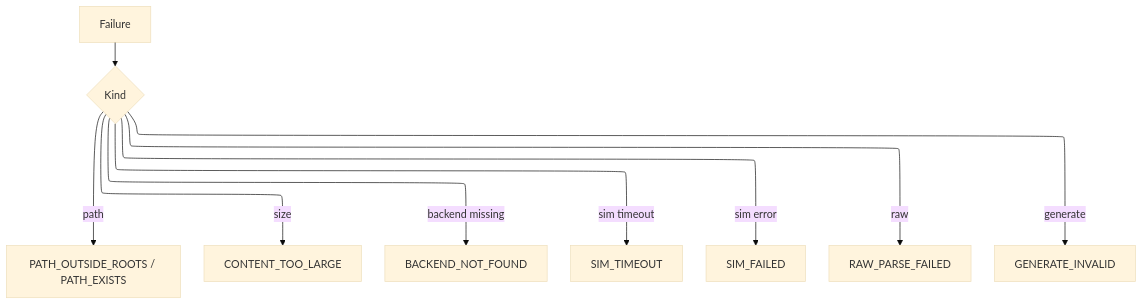
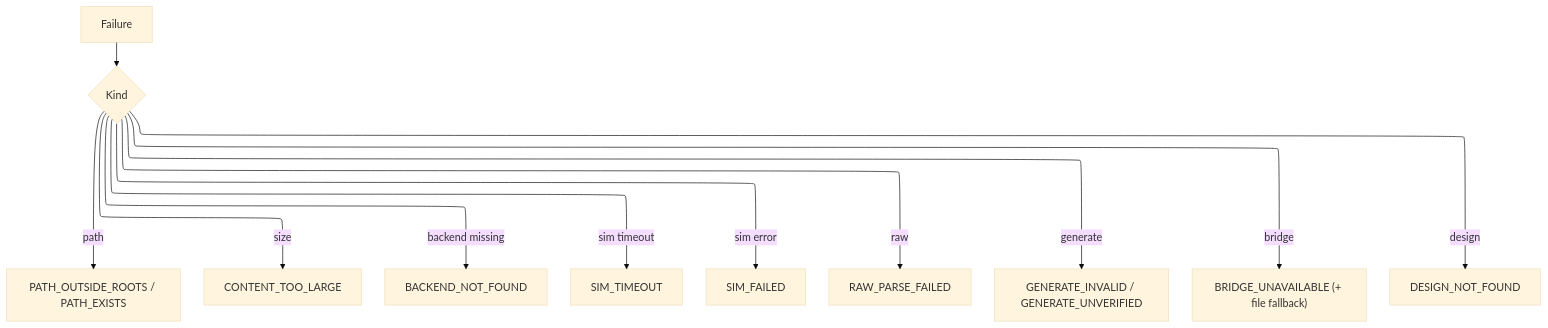
One commit to sohampatwardhan/openspice-mcp changed the tenth of 10 diagrams in .kiro/specs/openspice-mcp/design.md. Above: the diagram before and after it, drawn with Mermaid (base theme). The commit also changed other lines of this file and 4 other files, not shown here.

````diff
--- a/.kiro/specs/openspice-mcp/design.md
+++ b/.kiro/specs/openspice-mcp/design.md
@@ -292,15 +424,17 @@
 ```mermaid
 ---
 config:
   layout: elk
 ---
 flowchart TB
   fail["Failure"] --> kind{"Kind"}
   kind -->|"path"| path["PATH_OUTSIDE_ROOTS / PATH_EXISTS"]
   kind -->|"size"| size["CONTENT_TOO_LARGE"]
   kind -->|"backend missing"| be["BACKEND_NOT_FOUND"]
   kind -->|"sim timeout"| to["SIM_TIMEOUT"]
   kind -->|"sim error"| sf["SIM_FAILED"]
   kind -->|"raw"| raw["RAW_PARSE_FAILED"]
-  kind -->|"generate"| gen["GENERATE_INVALID"]
+  kind -->|"generate"| gen["GENERATE_INVALID / GENERATE_UNVERIFIED"]
+  kind -->|"bridge"| br["BRIDGE_UNAVAILABLE (+ file fallback)"]
+  kind -->|"design"| dn["DESIGN_NOT_FOUND"]
 ```
````
